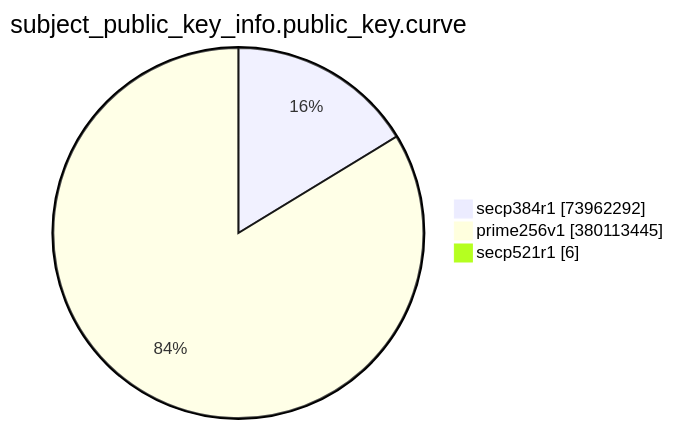
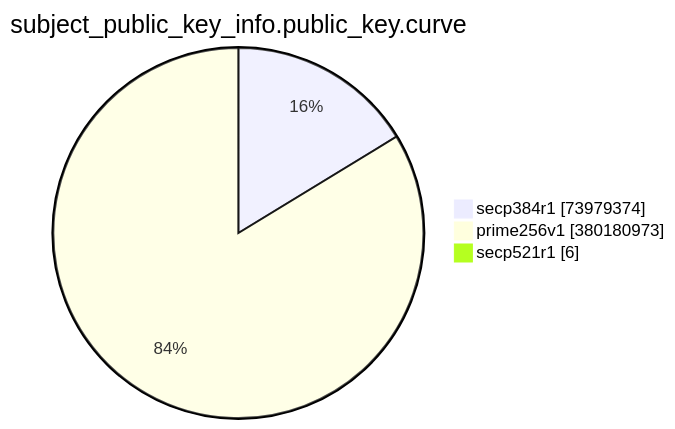
Before and after one commit to christiankrug/ctmonitor_visualization: the eighth of 15 diagrams in TOTAL/README.md, drawn with Mermaid. The commit also changed other lines of this file, not shown here.

````diff
--- a/TOTAL/README.md
+++ b/TOTAL/README.md
@@ -3094,7 +3094,7 @@
 ```mermaid
 pie showData
 title subject_public_key_info.public_key.curve
-"secp384r1" :73962292
-"prime256v1" :380113445
+"secp384r1" :73979374
+"prime256v1" :380180973
 "secp521r1" :6
 ```
````
